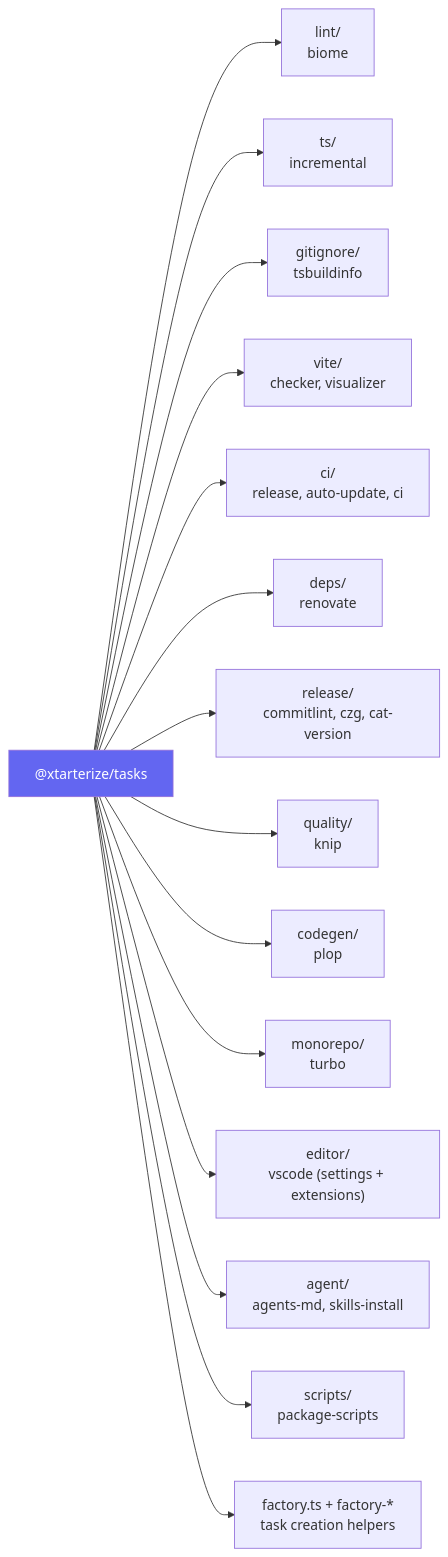
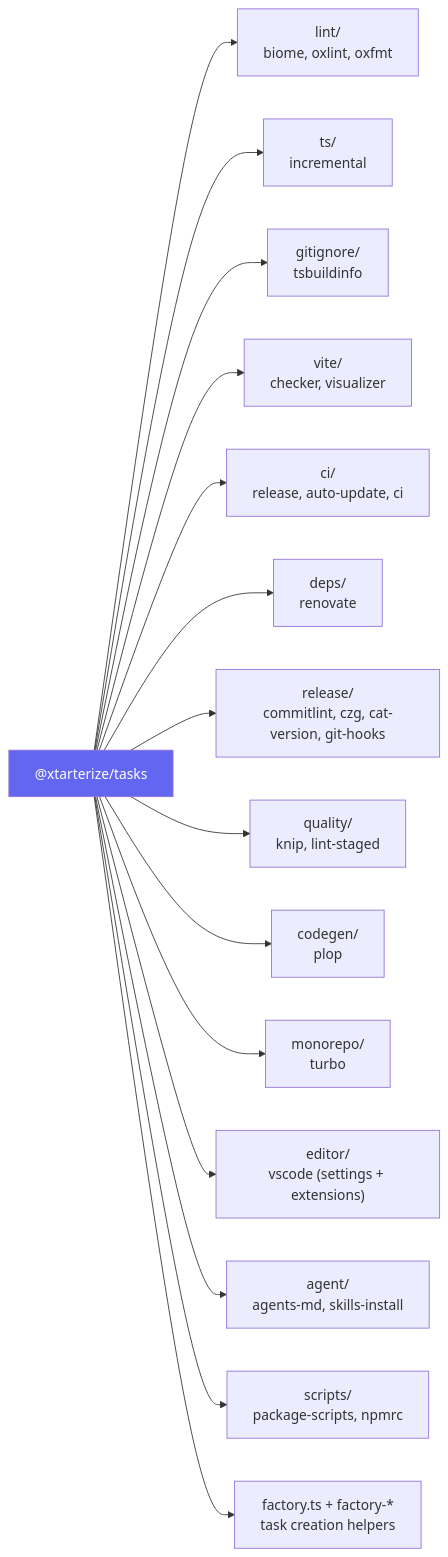
One commit to agustinusnathaniel/xtarter changed the fourth of 4 diagrams in apps/docs/src/content/docs/xtarterize/contributing/architecture/overview.mdx. Above: the diagram before and after it, drawn with Mermaid. The commit also changed other lines of this file and 7 other files, not shown here.

````diff
--- a/apps/docs/src/content/docs/xtarterize/contributing/architecture/overview.mdx
+++ b/apps/docs/src/content/docs/xtarterize/contributing/architecture/overview.mdx
@@ -103,19 +103,19 @@
 ```mermaid
 flowchart LR
-    Tasks["@xtarterize/tasks"] --> Lint["lint/<br/>biome"]
+    Tasks["@xtarterize/tasks"] --> Lint["lint/<br/>biome, oxlint, oxfmt"]
     Tasks --> TS["ts/<br/>incremental"]
     Tasks --> Gitignore["gitignore/<br/>tsbuildinfo"]
     Tasks --> Vite["vite/<br/>checker, visualizer"]
     Tasks --> CI["ci/<br/>release, auto-update, ci"]
     Tasks --> Deps["deps/<br/>renovate"]
-    Tasks --> Release["release/<br/>commitlint, czg, cat-version"]
-    Tasks --> Quality["quality/<br/>knip"]
+    Tasks --> Release["release/<br/>commitlint, czg, cat-version, git-hooks"]
+    Tasks --> Quality["quality/<br/>knip, lint-staged"]
     Tasks --> Codegen["codegen/<br/>plop"]
     Tasks --> Monorepo["monorepo/<br/>turbo"]
     Tasks --> Editor["editor/<br/>vscode (settings + extensions)"]
     Tasks --> Agent["agent/<br/>agents-md, skills-install"]
-    Tasks --> Scripts["scripts/<br/>package-scripts"]
+    Tasks --> Scripts["scripts/<br/>package-scripts, npmrc"]
     Tasks --> Factory["factory.ts + factory-*<br/>task creation helpers"]
     
     style Tasks fill:#6366f1,color:#fff
 ```
````
